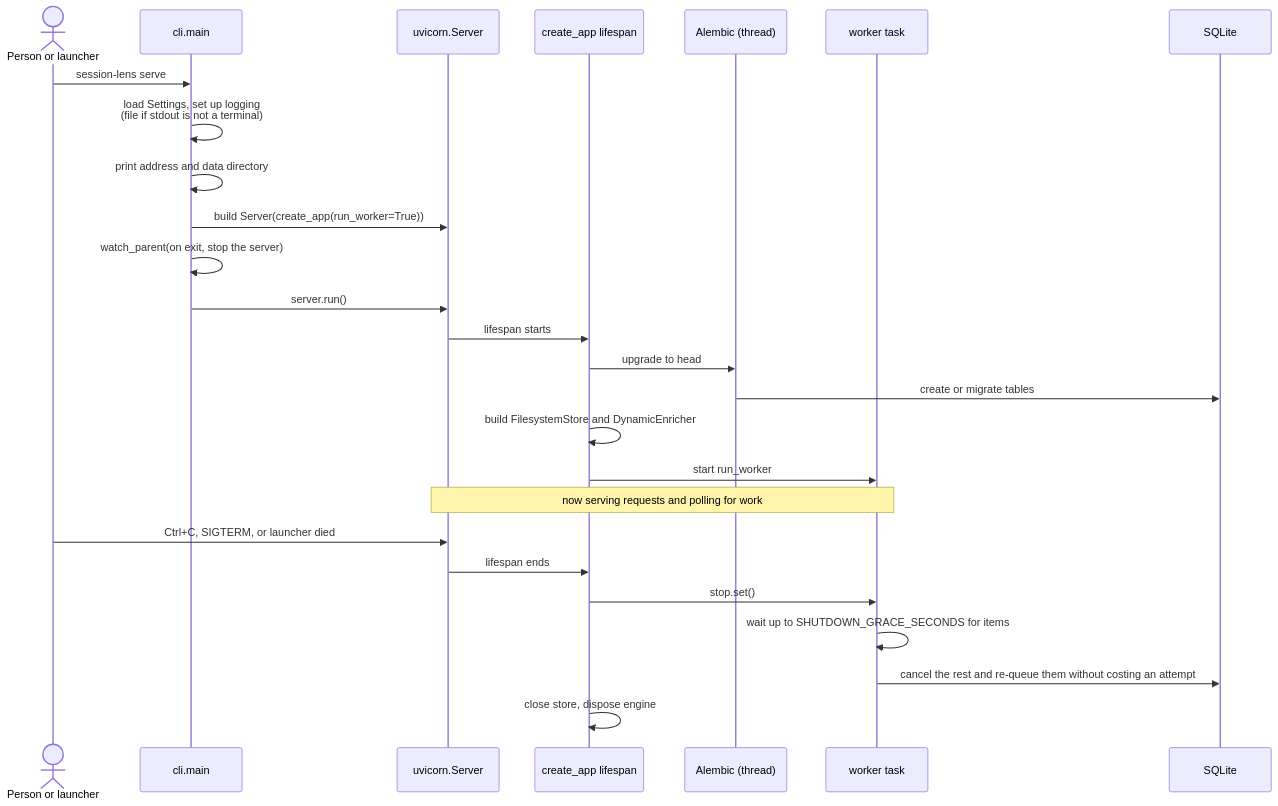
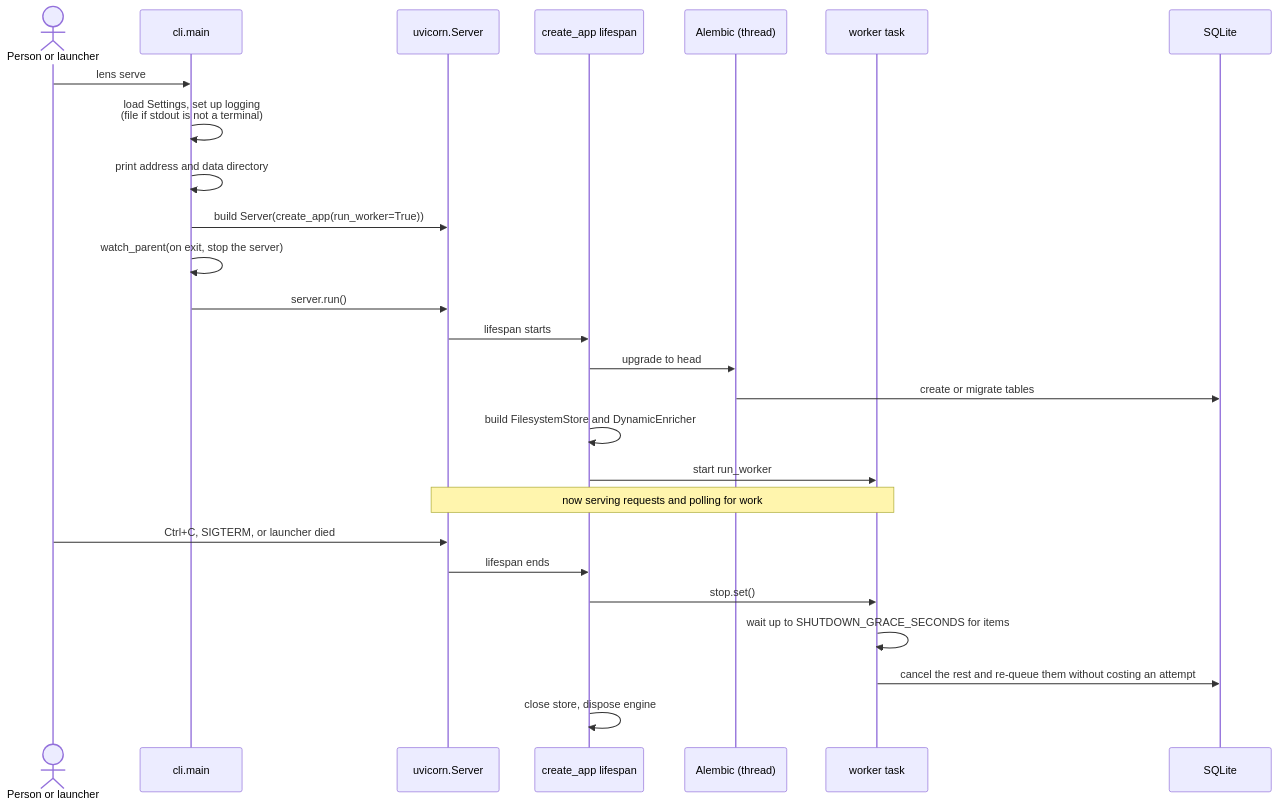
One commit to Flockdeck/lens changed diagram 11 of 22 in docs/architecture.md. Above: the diagram before and after it, drawn with Mermaid. The commit also changed other lines of this file and 187 other files, not shown here.

First line of the commit message:
Rename session-lens to lens

````diff
--- a/docs/architecture.md
+++ b/docs/architecture.md
@@ -512,29 +512,29 @@
 ```mermaid
 sequenceDiagram
     actor P as Person or launcher
     participant C as cli.main
     participant S as uvicorn.Server
     participant A as create_app lifespan
     participant M as Alembic (thread)
     participant W as worker task
     participant D as SQLite
 
-    P->>C: session-lens serve
+    P->>C: lens serve
     C->>C: load Settings, set up logging<br/>(file if stdout is not a terminal)
     C->>C: print address and data directory
     C->>S: build Server(create_app(run_worker=True))
     C->>C: watch_parent(on exit, stop the server)
     C->>S: server.run()
     S->>A: lifespan starts
     A->>M: upgrade to head
     M->>D: create or migrate tables
     A->>A: build FilesystemStore and DynamicEnricher
     A->>W: start run_worker
     Note over S,W: now serving requests and polling for work
     P->>S: Ctrl+C, SIGTERM, or launcher died
     S->>A: lifespan ends
     A->>W: stop.set()
     W->>W: wait up to SHUTDOWN_GRACE_SECONDS for items
     W->>D: cancel the rest and re-queue them without costing an attempt
     A->>A: close store, dispose engine
 ```
````
